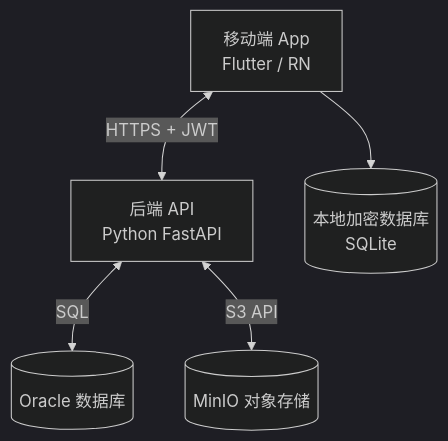
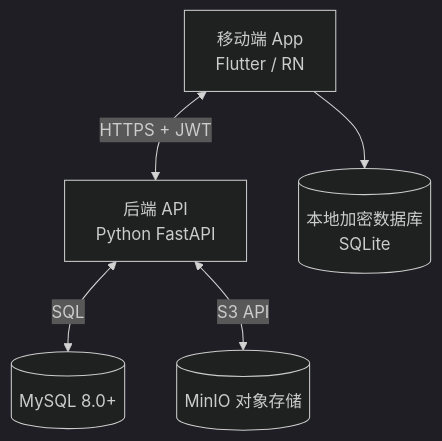
The first of 5 diagrams in docs/tdd/tdd1.0.md (afanzaimoyu/effective-brushing), drawn with Mermaid (dark theme) before and after one commit. The commit also changed other lines of this file and 3 other files, not shown here.

First line of the commit message:
feat: architecture pivot to MySQL and formalize API specifications

````diff
--- a/docs/tdd/tdd1.0.md
+++ b/docs/tdd/tdd1.0.md
@@ -28,16 +28,16 @@
 ```mermaid
 flowchart TB
     Mobile[移动端 App
 Flutter / RN]
     API[后端 API
 Python FastAPI]
-    DB[(Oracle 数据库)]
+    DB[(MySQL 8.0+)]
     OBJ[(MinIO 对象存储)]
 
     Mobile <-->|HTTPS + JWT| API
     API <-->|SQL| DB
     API <-->|S3 API| OBJ
 
     Mobile --> LocalDB[(本地加密数据库
 SQLite)]
 ```
````
